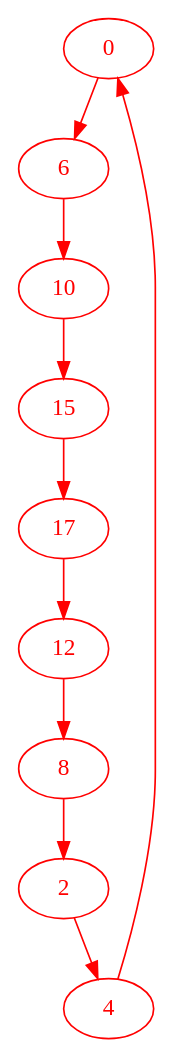
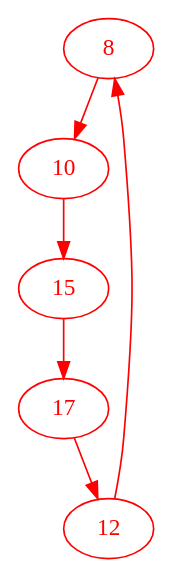
Before and after one commit to AdrienVaret/Benzenoids: the diagram in molecules/benzanthracene/lewis/benzanthracene_0/cycle_0.dot, drawn with Graphviz. The commit also changed 30 other files, not shown here.

```diff
--- a/molecules/benzanthracene/lewis/benzanthracene_0/cycle_0.dot
+++ b/molecules/benzanthracene/lewis/benzanthracene_0/cycle_0.dot
@@ -1,12 +1,8 @@
 digraph g{
-node [color = red, fontcolor=red]; 0 2 4 6 8 10 12 15 17 ;
-0 -> 6 [color=red] ;
-2 -> 4 [color=red] ;
-4 -> 0 [color=red] ;
-6 -> 10 [color=red] ;
-8 -> 2 [color=red] ;
+node [color = red, fontcolor=red]; 8 10 12 15 17 ;
+8 -> 10 [color=red] ;
 10 -> 15 [color=red] ;
 12 -> 8 [color=red] ;
 15 -> 17 [color=red] ;
 17 -> 12 [color=red] ;
 }
```
